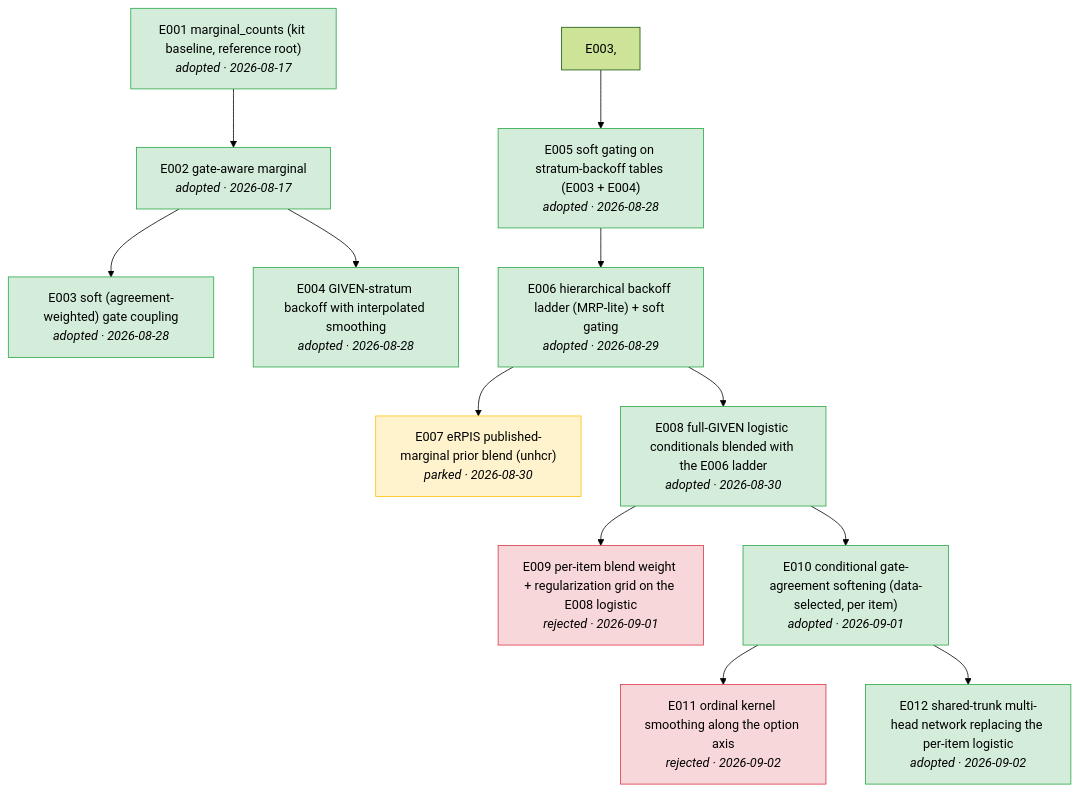
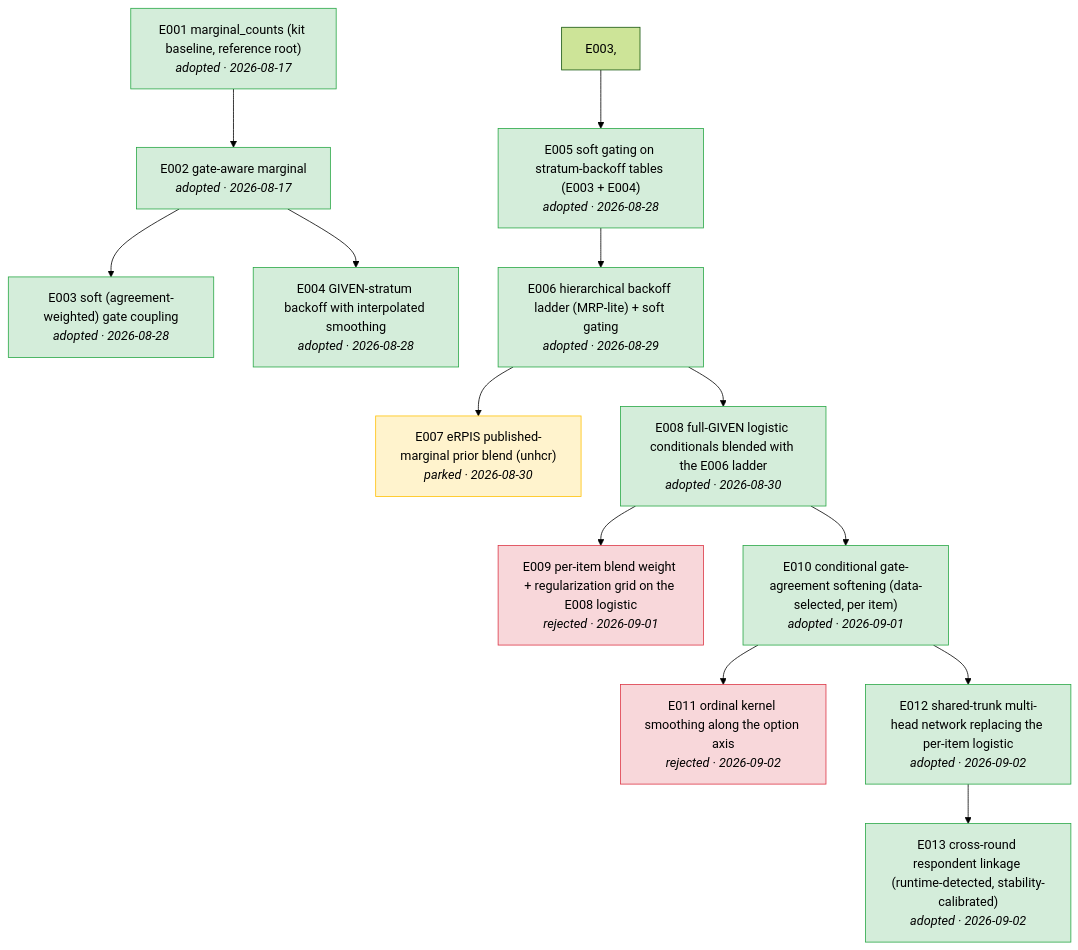
The diagram in docs/tree.md (joon56/Simulacrabench-NeurIPS-2026-), drawn with Mermaid (forest theme) before and after one commit. The commit also changed 6 other files, not shown here.

First line of the commit message:
E013: cross-round respondent linkage, submission #7 packaged

````diff
--- a/docs/tree.md
+++ b/docs/tree.md
@@ -5,32 +5,34 @@
 ```mermaid
 flowchart TD
     E001["E001 marginal_counts (kit baseline, reference root)<br/><i>adopted · 2026-08-17</i>"]
     E002["E002 gate-aware marginal<br/><i>adopted · 2026-08-17</i>"]
     E001 --> E002
     E003["E003 soft (agreement-weighted) gate coupling<br/><i>adopted · 2026-08-28</i>"]
     E002 --> E003
     E004["E004 GIVEN-stratum backoff with interpolated smoothing<br/><i>adopted · 2026-08-28</i>"]
     E002 --> E004
     E005["E005 soft gating on stratum-backoff tables (E003 + E004)<br/><i>adopted · 2026-08-28</i>"]
     E003, --> E005
     E006["E006 hierarchical backoff ladder (MRP-lite) + soft gating<br/><i>adopted · 2026-08-29</i>"]
     E005 --> E006
     E007["E007 eRPIS published-marginal prior blend (unhcr)<br/><i>parked · 2026-08-30</i>"]
     E006 --> E007
     E008["E008 full-GIVEN logistic conditionals blended with the E006 ladder<br/><i>adopted · 2026-08-30</i>"]
     E006 --> E008
     E009["E009 per-item blend weight + regularization grid on the E008 logistic<br/><i>rejected · 2026-09-01</i>"]
     E008 --> E009
     E010["E010 conditional gate-agreement softening (data-selected, per item)<br/><i>adopted · 2026-09-01</i>"]
     E008 --> E010
     E011["E011 ordinal kernel smoothing along the option axis<br/><i>rejected · 2026-09-02</i>"]
     E010 --> E011
     E012["E012 shared-trunk multi-head network replacing the per-item logistic<br/><i>adopted · 2026-09-02</i>"]
     E010 --> E012
+    E013["E013 cross-round respondent linkage (runtime-detected, stability-calibrated)<br/><i>adopted · 2026-09-02</i>"]
+    E012 --> E013
     classDef adopted fill:#d4edda,stroke:#28a745
-    class E001,E002,E003,E004,E005,E006,E008,E010,E012 adopted
+    class E001,E002,E003,E004,E005,E006,E008,E010,E012,E013 adopted
     classDef rejected fill:#f8d7da,stroke:#dc3545
     class E009,E011 rejected
     classDef parked fill:#fff3cd,stroke:#ffc107
     class E007 parked
 ```
````
